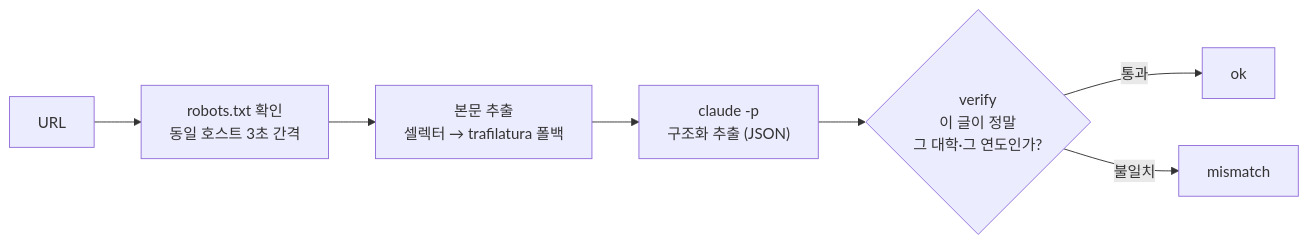
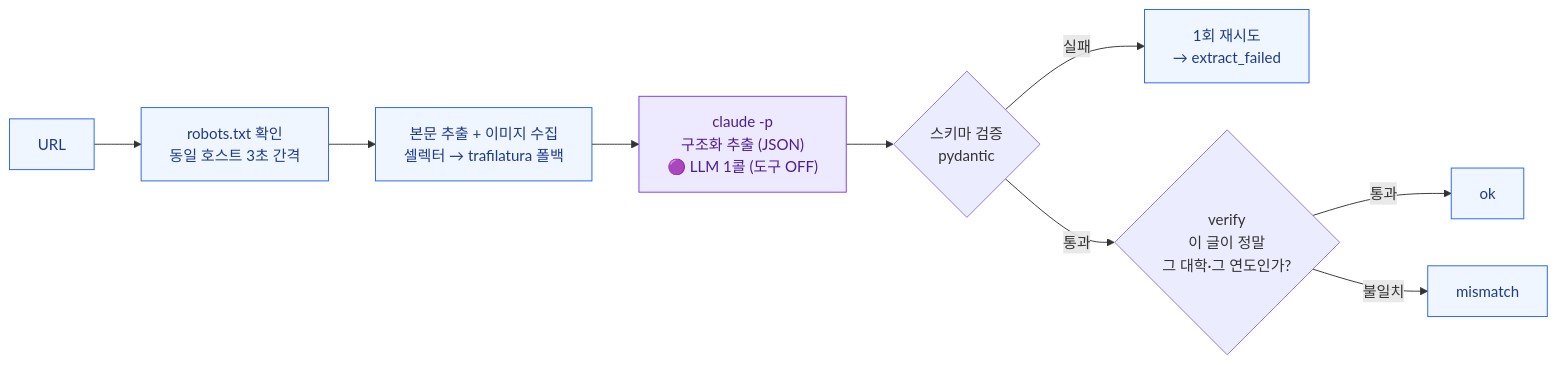
One commit to greedy-team/festa-crawler changed the second of 4 diagrams in README.md. Above: the diagram before and after it, drawn with Mermaid. The commit also changed other lines of this file, not shown here.

````diff
--- a/README.md
+++ b/README.md
@@ -57,9 +67,16 @@
 ```mermaid
 flowchart LR
     url["URL"] --> robots["robots.txt 확인<br/>동일 호스트 3초 간격"]
-    robots --> body["본문 추출<br/>셀렉터 → trafilatura 폴백"]
-    body --> llm["claude -p<br/>구조화 추출 (JSON)"]
-    llm --> ver{"verify<br/>이 글이 정말<br/>그 대학·그 연도인가?"}
+    robots --> body["본문 추출 + 이미지 수집<br/>셀렉터 → trafilatura 폴백"]
+    body --> llm["claude -p<br/>구조화 추출 (JSON)<br/>🟣 LLM 1콜 (도구 OFF)"]
+    llm --> valid{"스키마 검증<br/>pydantic"}
+    valid -->|"실패"| retry["1회 재시도<br/>→ extract_failed"]
+    valid -->|"통과"| ver{"verify<br/>이 글이 정말<br/>그 대학·그 연도인가?"}
     ver -->|"통과"| ok["ok"]
     ver -->|"불일치"| mis["mismatch"]
+
+    classDef llm fill:#ede9fe,stroke:#7c3aed,color:#4c1d95
+    classDef py fill:#eff6ff,stroke:#2563eb,color:#1e3a8a
+    class llm llm
+    class url,robots,body,retry,ok,mis py
 ```
````
